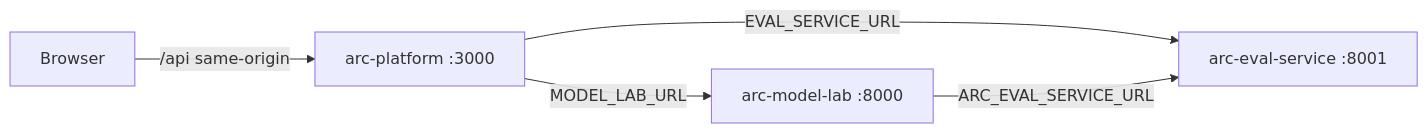
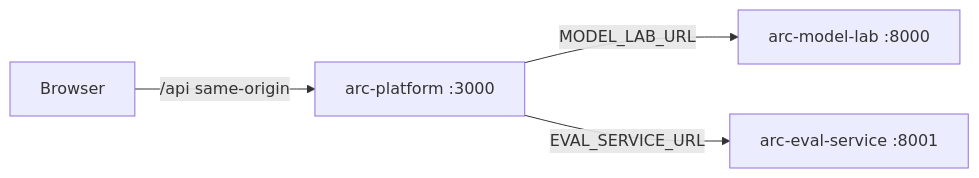
One commit to DimitarAtanassov/arc-platform changed the diagram in docs/running-end-to-end.md. Above: the diagram before and after it, drawn with Mermaid. The commit also changed other lines of this file and 12 other files, not shown here.

````diff
--- a/docs/running-end-to-end.md
+++ b/docs/running-end-to-end.md
@@ -14,7 +14,6 @@
 ```mermaid
 flowchart LR
     B["Browser"] -->|/api same-origin| APP["arc-platform :3000"]
     APP -->|MODEL_LAB_URL| ML["arc-model-lab :8000"]
     APP -->|EVAL_SERVICE_URL| EV["arc-eval-service :8001"]
-    ML -->|ARC_EVAL_SERVICE_URL| EV
 ```
````
